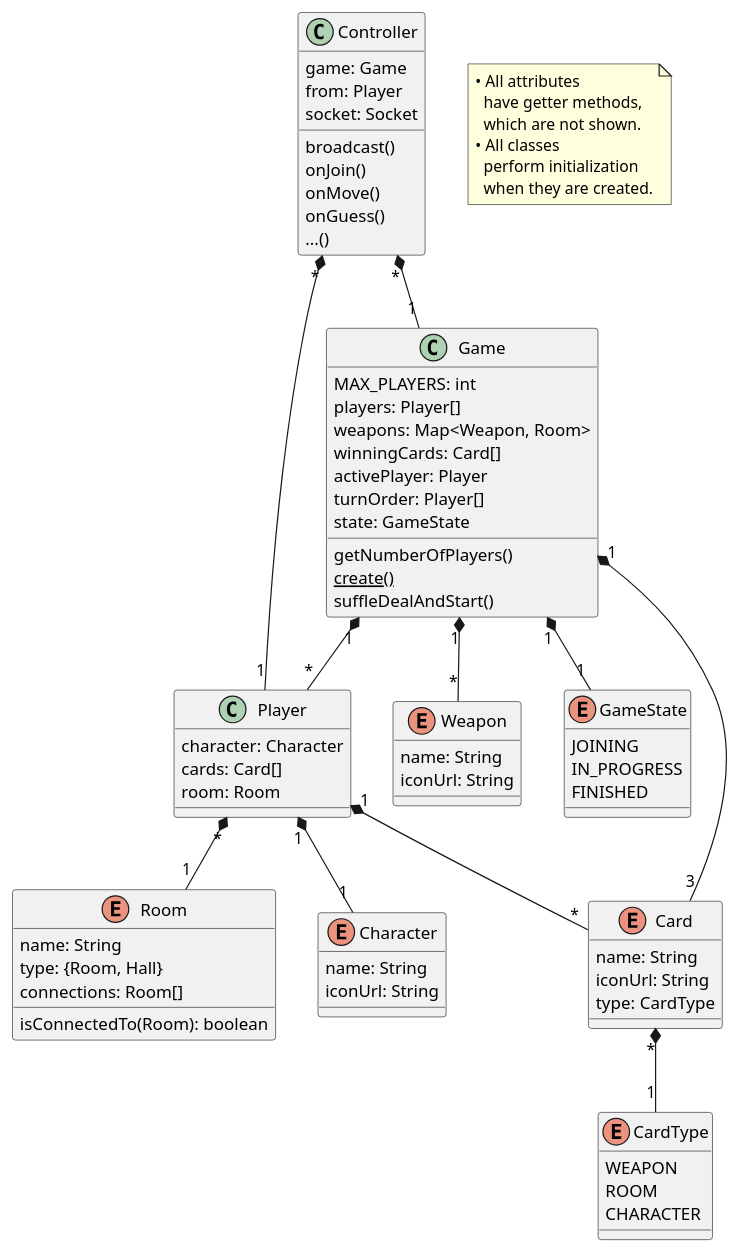
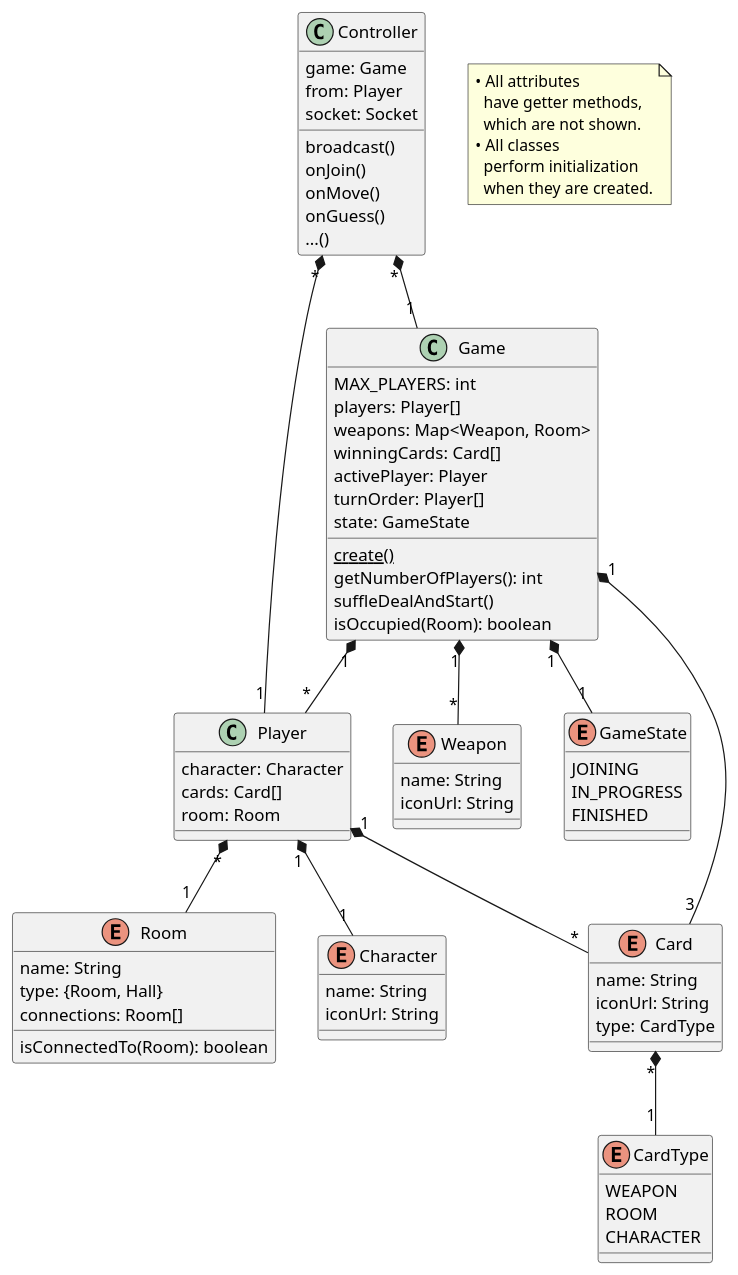
The diagram in design/game.plantuml (ymikhaylov/605.401), drawn with PlantUML before and after one commit.

Commit message:
Added Game.isOccupied(Room)

```diff
--- a/design/game.plantuml
+++ b/design/game.plantuml
@@ -1,88 +1,89 @@
 @startuml
 
 Game "1" *-- "*" Player
 Game "1" *-- "3" Card
 Game "1" *-- "*" Weapon
 Game "1" *-- "1" GameState
 Player "1" *-- "*" Card
 Player "*" *-- "1" Room
 Player "1" *-- "1" Character
 Card "*" *-- "1" CardType
 Controller "*" *-- "1" Game
 Controller "*" *-- "1" Player
 
 note as N1
   • All attributes
     have getter methods,
     which are not shown.
   • All classes
     perform initialization
     when they are created.
 end note
 
 class Game {
 MAX_PLAYERS: int
 players: Player[]
 weapons: Map<Weapon, Room>
 winningCards: Card[]
 activePlayer: Player
 turnOrder: Player[]
 state: GameState
-getNumberOfPlayers()
 <u>create()
+getNumberOfPlayers(): int
 suffleDealAndStart()
+isOccupied(Room): boolean
 }
 
 enum GameState {
 JOINING
 IN_PROGRESS
 FINISHED
 }
 
 class Player {
 character: Character
 cards: Card[]
 room: Room
 }
 
 enum Character {
 name: String
 iconUrl: String
 }
 
 enum Weapon {
 name: String
 iconUrl: String
 }
 
 enum Card {
 name: String
 iconUrl: String
 type: CardType
 }
 
 enum CardType {
 WEAPON
 ROOM
 CHARACTER
 }
 
 enum Room {
 name: String
 type: {Room, Hall}
 connections: Room[]
 isConnectedTo(Room): boolean
 }
 
 class Controller {
 game: Game
 from: Player
 socket: Socket
 broadcast()
 onJoin()
 onMove()
 onGuess()
 ...()
 }
 
 @enduml
```
